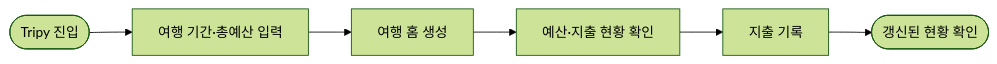
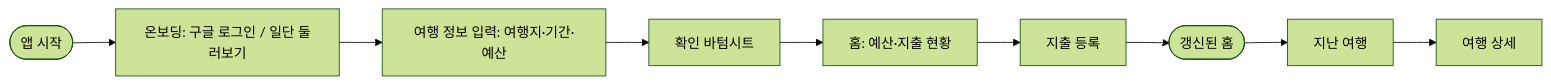
Before and after one commit to ymsforstudy-lab/tripy: the diagram in docs/prd.md, drawn with Mermaid (forest theme). The commit also changed other lines of this file and 2 other files, not shown here.

First line of the commit message:
docs: 2.0 리뉴얼 화면 플로우 문서화 및 PRD·CLAUDE.md 반영

````diff
--- a/docs/prd.md
+++ b/docs/prd.md
@@ -43,8 +71,10 @@
 ```mermaid
 flowchart LR
-    A([Tripy 진입]) --> B[여행 기간·총예산 입력]
-    B --> C[여행 홈 생성]
-    C --> D[예산·지출 현황 확인]
-    D --> E[지출 기록]
-    E --> F([갱신된 현황 확인])
+    A([앱 시작]) --> B[온보딩: 구글 로그인 / 일단 둘러보기]
+    B --> C[여행 정보 입력: 여행지·기간·예산]
+    C --> D[확인 바텀시트]
+    D --> E[홈: 예산·지출 현황]
+    E --> F[지출 등록]
+    F --> G([갱신된 홈])
+    G --> H[지난 여행] --> I[여행 상세]
 ```
````
